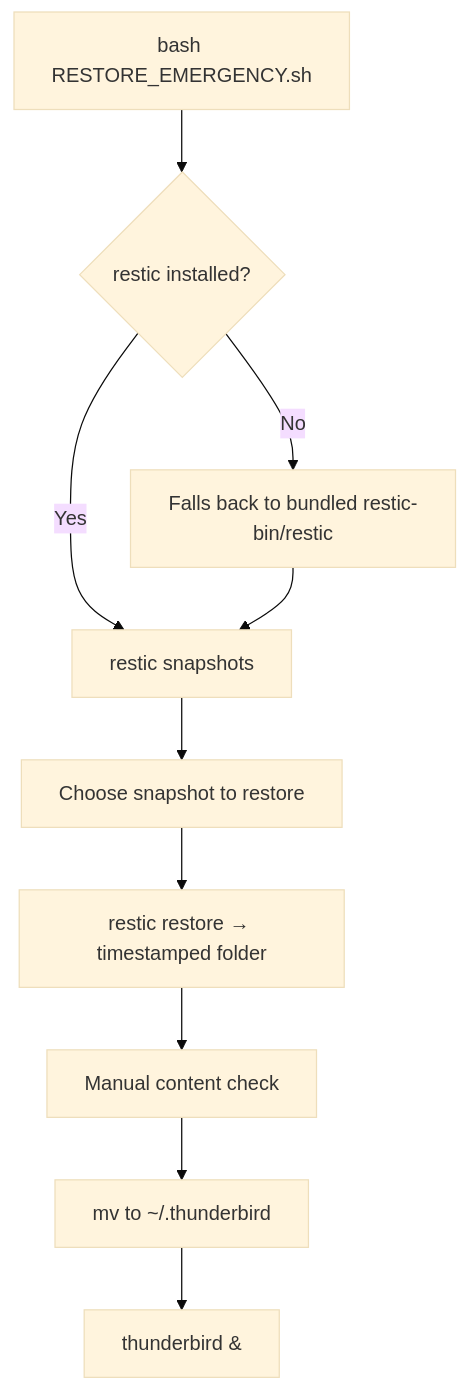
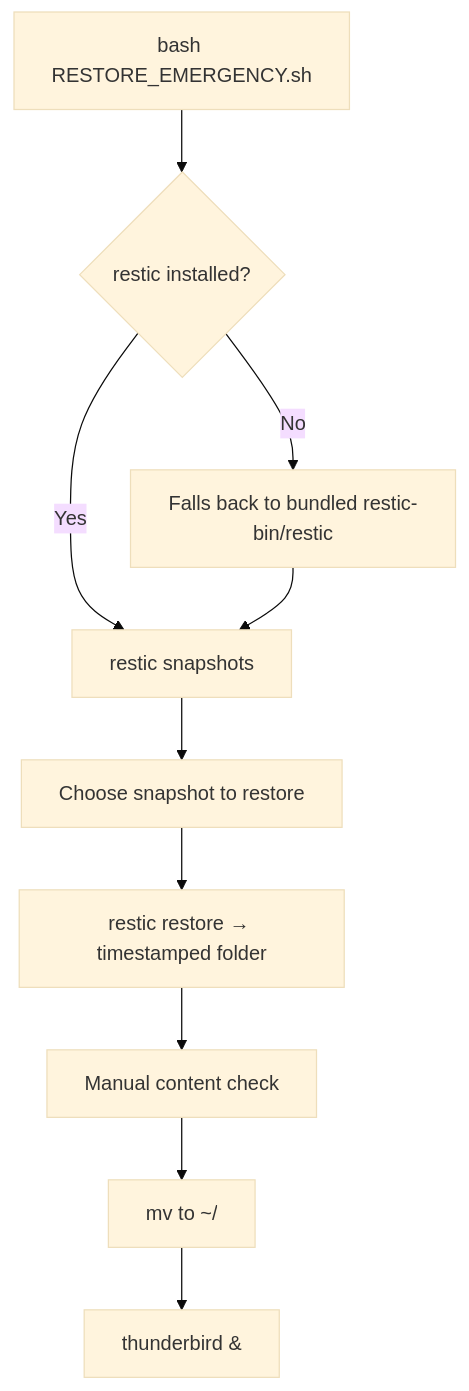
Before and after one commit to Kr4v3N/Thunderbird-Backup-Guardian: the second of 2 diagrams in README.md, drawn with Mermaid (base theme). The commit also changed other lines of this file and 3 other files, not shown here.

````diff
--- a/README.md
+++ b/README.md
@@ -71,12 +71,12 @@
 ```mermaid
 flowchart TD
     A["bash RESTORE_EMERGENCY.sh"] --> B{"restic installed?"}
     B -- No --> C["Falls back to bundled restic-bin/restic"]
     B -- Yes --> D["restic snapshots"]
     C --> D
     D --> E["Choose snapshot to restore"]
     E --> F["restic restore → timestamped folder"]
     F --> G["Manual content check"]
-    G --> H["mv to ~/.thunderbird"]
+    G --> H["mv to ~/<profile>"]
     H --> I["thunderbird &"]
 ```
````
